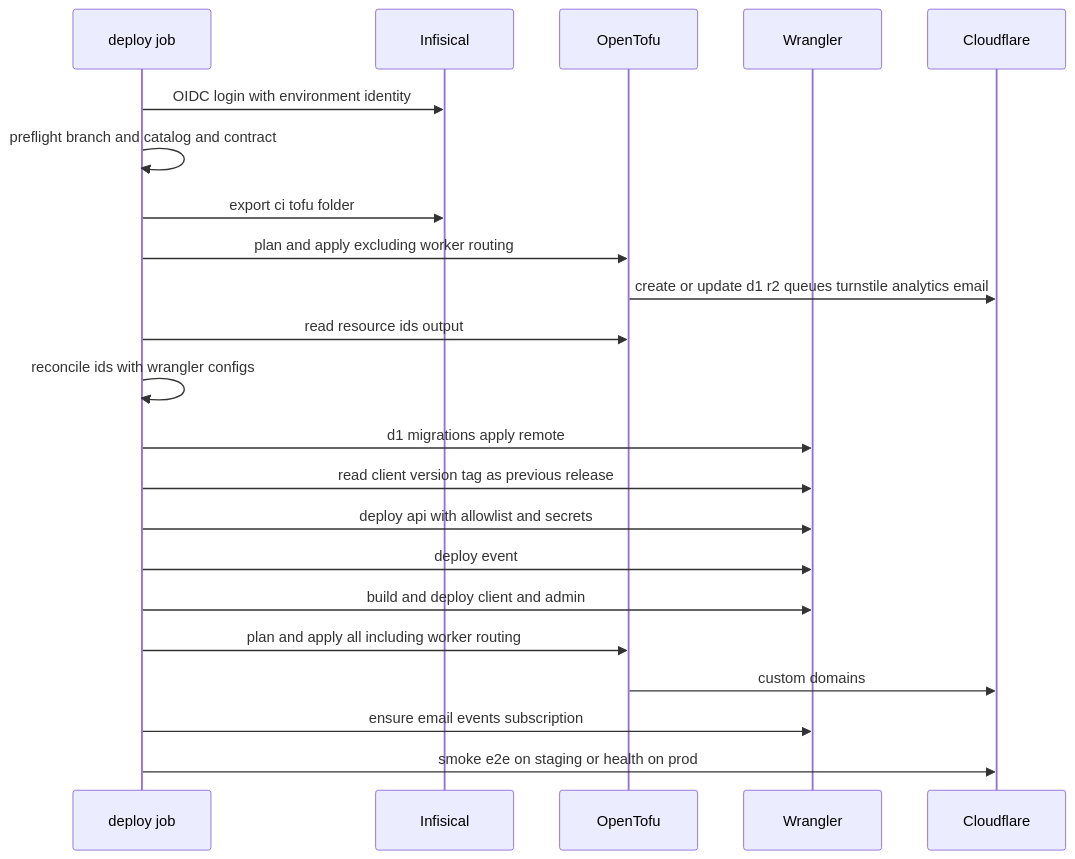
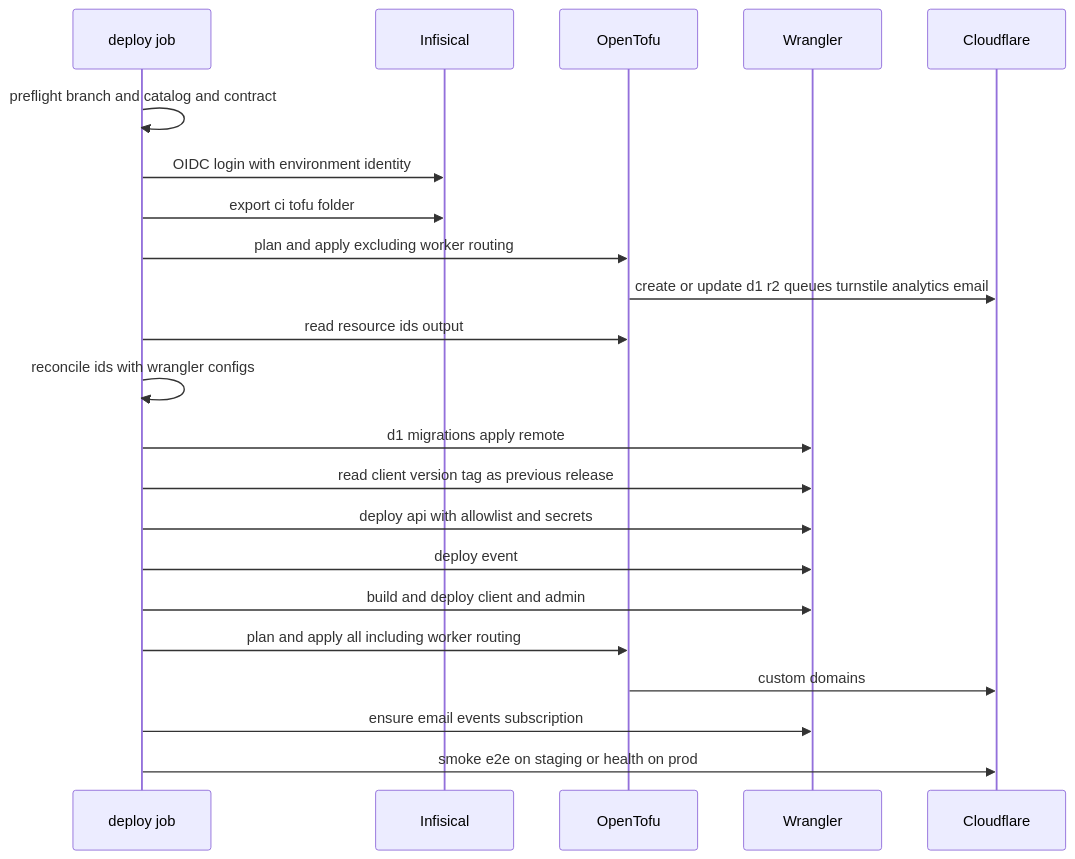
Before and after one commit to kurachiweb/genai-example-2-launch-platform: the third of 6 diagrams in .kiro/specs/infra-delivery/design.md, drawn with Mermaid. The commit also changed other lines of this file and 4 other files, not shown here.

````diff
--- a/.kiro/specs/infra-delivery/design.md
+++ b/.kiro/specs/infra-delivery/design.md
@@ -320,24 +320,24 @@
 ```mermaid
 sequenceDiagram
     participant Job as deploy job
     participant Inf as Infisical
     participant Tofu as OpenTofu
     participant Wr as Wrangler
     participant CF as Cloudflare
+    Job->>Job: preflight branch and catalog and contract
     Job->>Inf: OIDC login with environment identity
-    Job->>Job: preflight branch and catalog and contract
     Job->>Inf: export ci tofu folder
     Job->>Tofu: plan and apply excluding worker routing
     Tofu->>CF: create or update d1 r2 queues turnstile analytics email
     Job->>Tofu: read resource ids output
     Job->>Job: reconcile ids with wrangler configs
     Job->>Wr: d1 migrations apply remote
     Job->>Wr: read client version tag as previous release
     Job->>Wr: deploy api with allowlist and secrets
     Job->>Wr: deploy event
     Job->>Wr: build and deploy client and admin
     Job->>Tofu: plan and apply all including worker routing
     Tofu->>CF: custom domains
     Job->>Wr: ensure email events subscription
     Job->>CF: smoke e2e on staging or health on prod
 ```
````
